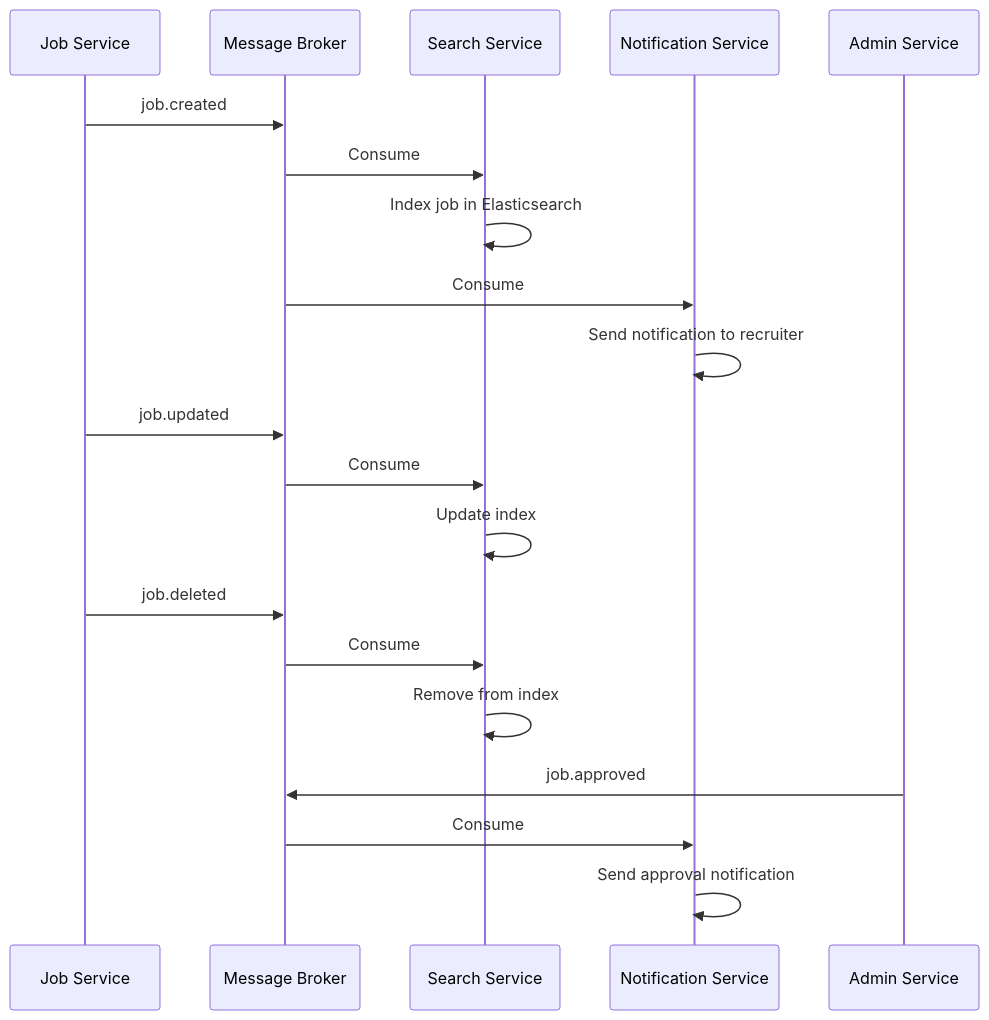
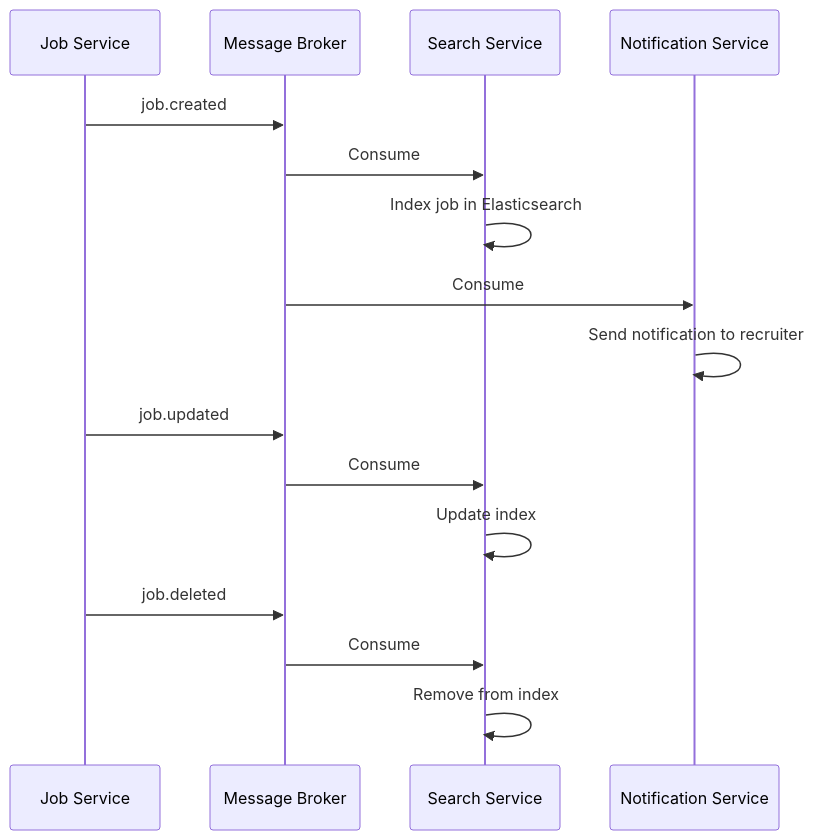
The second of 4 diagrams in docs/srs/en/4-should-have-fr.md (dut-pbl6-2026/job-platform-docs), drawn with Mermaid before and after one commit. The commit also changed other lines of this file and 26 other files, not shown here.

````diff
--- a/docs/srs/en/4-should-have-fr.md
+++ b/docs/srs/en/4-should-have-fr.md
@@ -147,26 +147,21 @@
 ```mermaid
 sequenceDiagram
     participant Job as Job Service
     participant Broker as Message Broker
     participant Search as Search Service
     participant Notif as Notification Service
-    participant Admin as Admin Service
 
     Job->>Broker: job.created
     Broker->>Search: Consume
     Search->>Search: Index job in Elasticsearch
     Broker->>Notif: Consume
     Notif->>Notif: Send notification to recruiter
 
     Job->>Broker: job.updated
     Broker->>Search: Consume
     Search->>Search: Update index
 
     Job->>Broker: job.deleted
     Broker->>Search: Consume
     Search->>Search: Remove from index
-
-    Admin->>Broker: job.approved
-    Broker->>Notif: Consume
-    Notif->>Notif: Send approval notification
 ```
````
